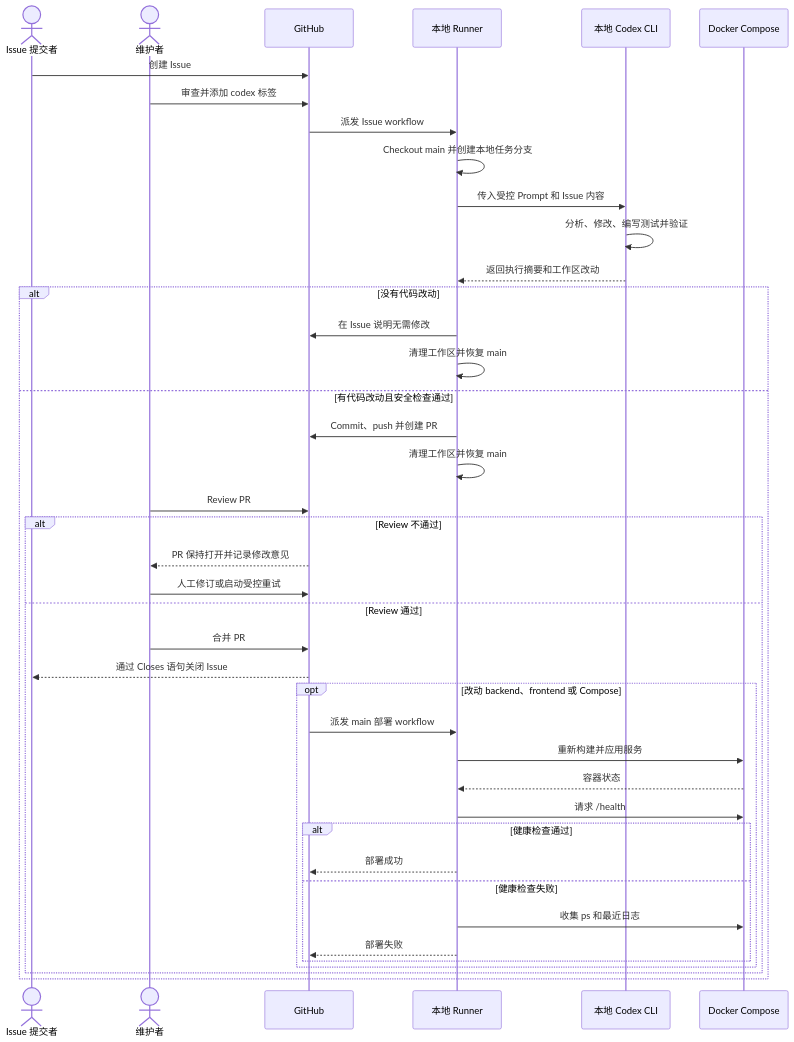
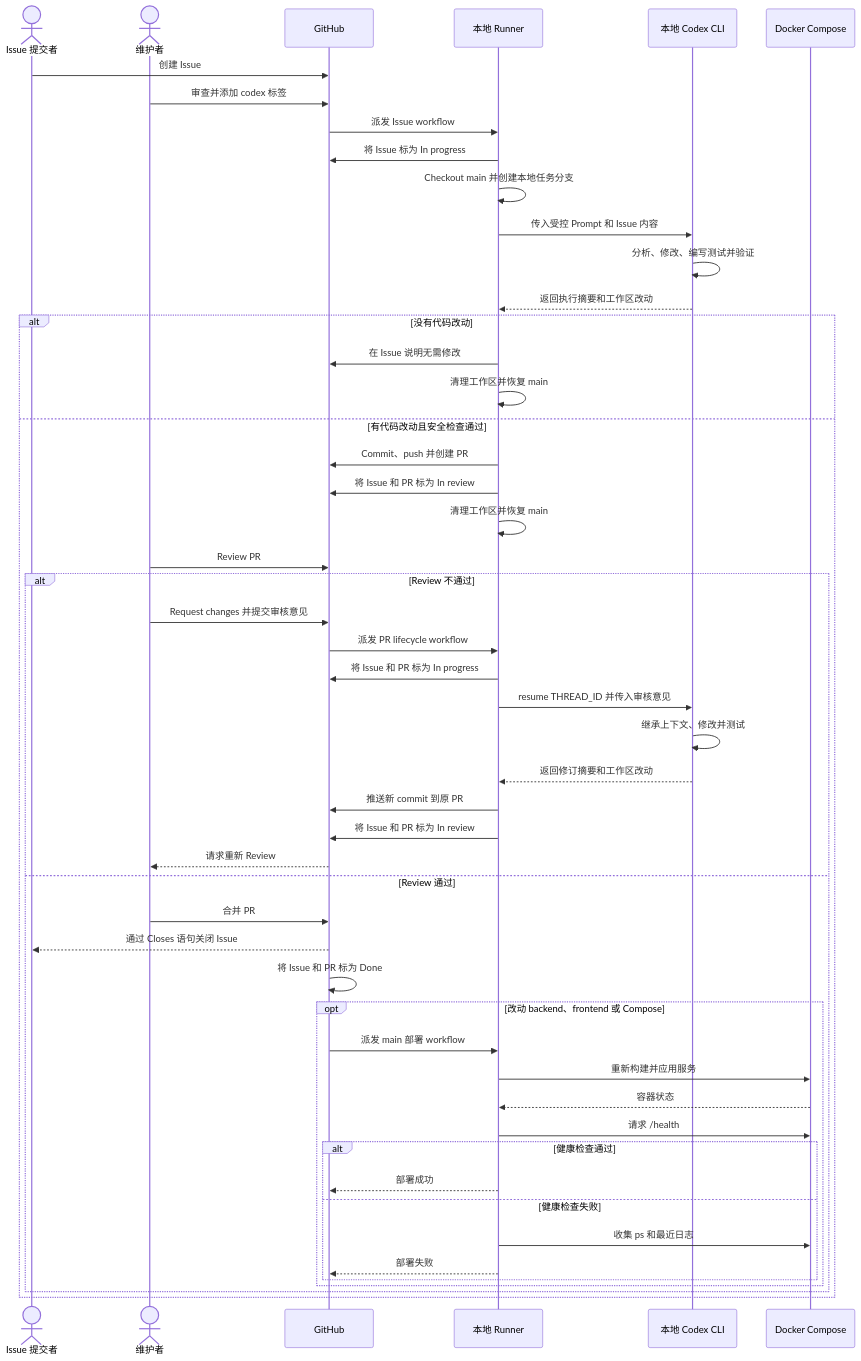
Before and after one commit to riku-studio/EREX: the second of 2 diagrams in docs/ops/github-issue-codex.md, drawn with Mermaid. The commit also changed other lines of this file and 5 other files, not shown here.

Commit message:
feat: resume codex after review changes

````diff
--- a/docs/ops/github-issue-codex.md
+++ b/docs/ops/github-issue-codex.md
@@ -78,45 +109,55 @@
 ```mermaid
 sequenceDiagram
     actor User as Issue 提交者
     actor Maintainer as 维护者
     participant GitHub
     participant Runner as 本地 Runner
     participant Codex as 本地 Codex CLI
     participant Docker as Docker Compose
 
     User->>GitHub: 创建 Issue
     Maintainer->>GitHub: 审查并添加 codex 标签
     GitHub->>Runner: 派发 Issue workflow
+    Runner->>GitHub: 将 Issue 标为 In progress
     Runner->>Runner: Checkout main 并创建本地任务分支
     Runner->>Codex: 传入受控 Prompt 和 Issue 内容
     Codex->>Codex: 分析、修改、编写测试并验证
     Codex-->>Runner: 返回执行摘要和工作区改动
 
     alt 没有代码改动
         Runner->>GitHub: 在 Issue 说明无需修改
         Runner->>Runner: 清理工作区并恢复 main
     else 有代码改动且安全检查通过
         Runner->>GitHub: Commit、push 并创建 PR
+        Runner->>GitHub: 将 Issue 和 PR 标为 In review
         Runner->>Runner: 清理工作区并恢复 main
         Maintainer->>GitHub: Review PR
         alt Review 不通过
-            GitHub-->>Maintainer: PR 保持打开并记录修改意见
-            Maintainer->>GitHub: 人工修订或启动受控重试
+            Maintainer->>GitHub: Request changes 并提交审核意见
+            GitHub->>Runner: 派发 PR lifecycle workflow
+            Runner->>GitHub: 将 Issue 和 PR 标为 In progress
+            Runner->>Codex: resume THREAD_ID 并传入审核意见
+            Codex->>Codex: 继承上下文、修改并测试
+            Codex-->>Runner: 返回修订摘要和工作区改动
+            Runner->>GitHub: 推送新 commit 到原 PR
+            Runner->>GitHub: 将 Issue 和 PR 标为 In review
+            GitHub-->>Maintainer: 请求重新 Review
         else Review 通过
             Maintainer->>GitHub: 合并 PR
             GitHub-->>User: 通过 Closes 语句关闭 Issue
+            GitHub->>GitHub: 将 Issue 和 PR 标为 Done
             opt 改动 backend、frontend 或 Compose
                 GitHub->>Runner: 派发 main 部署 workflow
                 Runner->>Docker: 重新构建并应用服务
                 Docker-->>Runner: 容器状态
                 Runner->>Docker: 请求 /health
                 alt 健康检查通过
                     Runner-->>GitHub: 部署成功
                 else 健康检查失败
                     Runner->>Docker: 收集 ps 和最近日志
                     Runner-->>GitHub: 部署失败
                 end
             end
         end
     end
 ```
````
